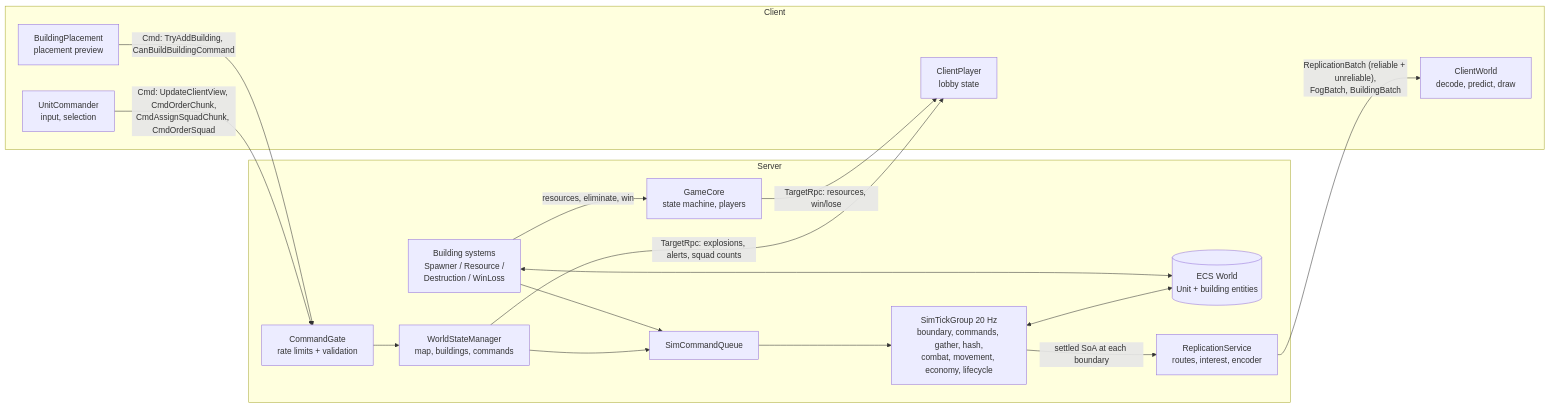
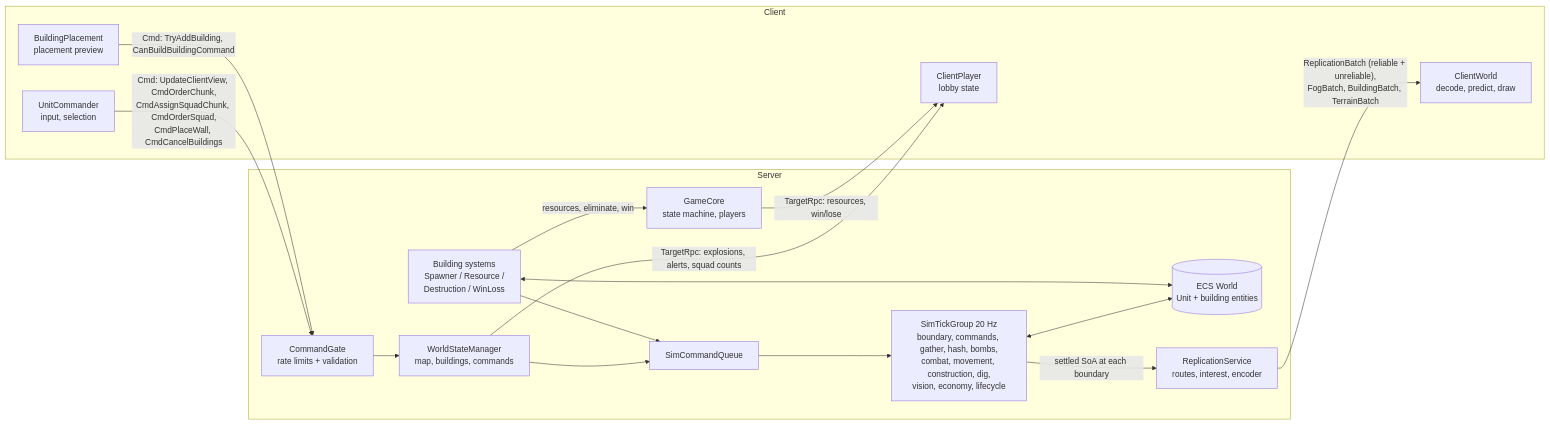
One commit to CoolCoder353/WAR-2D changed the first of 4 diagrams in docs/architecture.md. Above: the diagram before and after it, drawn with Mermaid. The commit also changed other lines of this file and 12 other files, not shown here.

````diff
--- a/docs/architecture.md
+++ b/docs/architecture.md
@@ -12,32 +12,32 @@
 ```mermaid
 flowchart LR
     subgraph Client
         UC[UnitCommander<br/>input, selection]
         CW[ClientWorld<br/>decode, predict, draw]
         BBM[BuildingPlacement<br/>placement preview]
         CP_C[ClientPlayer<br/>lobby state]
     end
     subgraph Server
         GATE[CommandGate<br/>rate limits + validation]
         WSM[WorldStateManager<br/>map, buildings, commands]
         Q[SimCommandQueue]
-        TICK[SimTickGroup 20 Hz<br/>boundary, commands, gather, hash,<br/>combat, movement, economy, lifecycle]
+        TICK[SimTickGroup 20 Hz<br/>boundary, commands, gather, hash, bombs,<br/>combat, movement, construction, dig,<br/>vision, economy, lifecycle]
         ECS[(ECS World<br/>Unit + building entities)]
         REP[ReplicationService<br/>routes, interest, encoder]
         GC[GameCore<br/>state machine, players]
         SYS[Building systems<br/>Spawner / Resource /<br/>Destruction / WinLoss]
     end
-    UC -- "Cmd: UpdateClientView, CmdOrderChunk,<br/>CmdAssignSquadChunk, CmdOrderSquad" --> GATE
+    UC -- "Cmd: UpdateClientView, CmdOrderChunk,<br/>CmdAssignSquadChunk, CmdOrderSquad,<br/>CmdPlaceWall, CmdCancelBuildings" --> GATE
     BBM -- "Cmd: TryAddBuilding, CanBuildBuildingCommand" --> GATE
     GATE --> WSM
     WSM --> Q
     SYS --> Q
     Q --> TICK
     TICK <--> ECS
     SYS <--> ECS
     TICK -- "settled SoA at each boundary" --> REP
-    REP -- "ReplicationBatch (reliable + unreliable),<br/>FogBatch, BuildingBatch" --> CW
+    REP -- "ReplicationBatch (reliable + unreliable),<br/>FogBatch, BuildingBatch, TerrainBatch" --> CW
     WSM -- "TargetRpc: explosions, alerts, squad counts" --> CP_C
     SYS -- "resources, eliminate, win" --> GC
     GC -- "TargetRpc: resources, win/lose" --> CP_C
 ```
````
